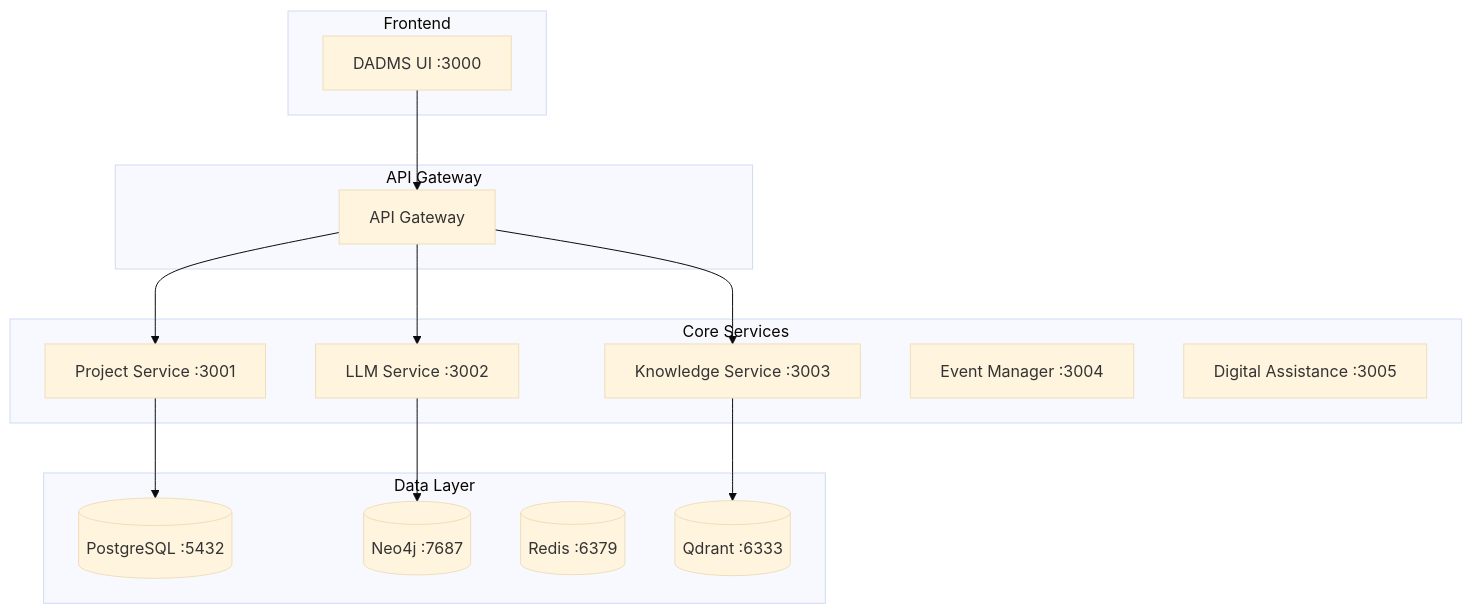
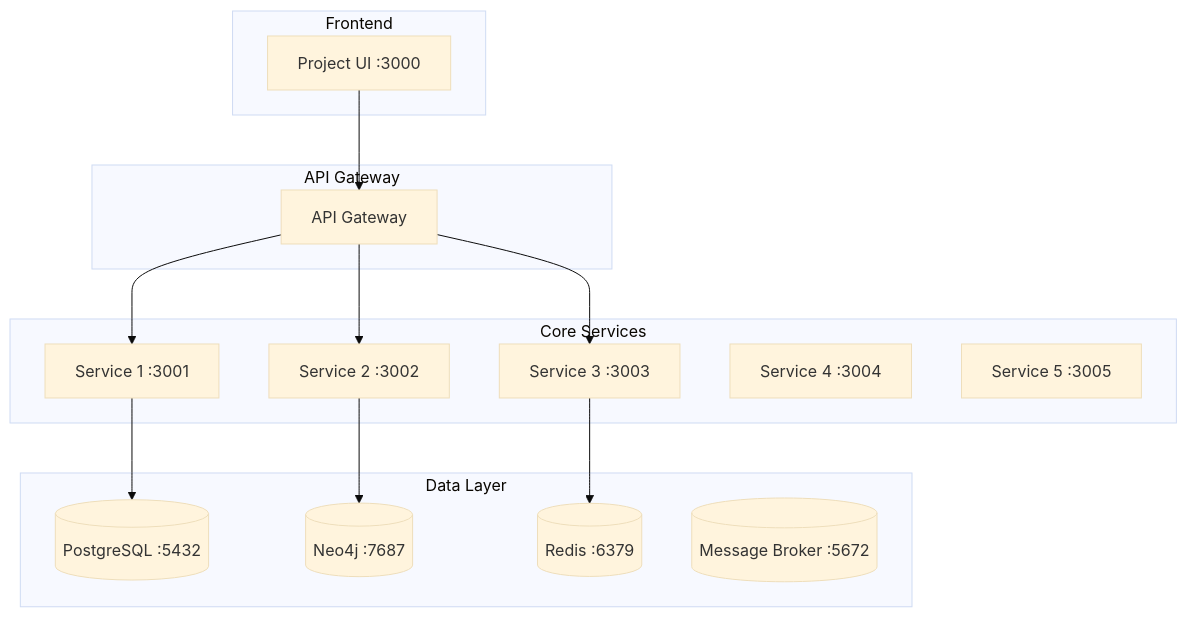
One commit to laserpointlabs/procos changed the first of 3 diagrams in .cursor/rules/architecture-maintenance.mdc. Above: the diagram before and after it, drawn with Mermaid (base theme). The commit also changed other lines of this file and 10 other files, not shown here.

````diff
--- a/.cursor/rules/architecture-maintenance.mdc
+++ b/.cursor/rules/architecture-maintenance.mdc
@@ -69,33 +64,33 @@
 ```mermaid
 graph TB
     subgraph "Frontend"
-        UI[DADMS UI :3000]
+        UI[Project UI :3000]
     end
     
     subgraph "API Gateway"
         GATEWAY[API Gateway]
     end
     
     subgraph "Core Services"
-        PS[Project Service :3001]
-        LLM[LLM Service :3002]
-        KS[Knowledge Service :3003]
-        EM[Event Manager :3004]
-        DAS[Digital Assistance :3005]
+        S1[Service 1 :3001]
+        S2[Service 2 :3002]
+        S3[Service 3 :3003]
+        S4[Service 4 :3004]
+        S5[Service 5 :3005]
     end
     
     subgraph "Data Layer"
         PG[(PostgreSQL :5432)]
         NEO[(Neo4j :7687)]
         REDIS[(Redis :6379)]
-        QDRANT[(Qdrant :6333)]
+        MQ[(Message Broker :5672)]
     end
     
     UI --> GATEWAY
-    GATEWAY --> PS
-    GATEWAY --> LLM
-    GATEWAY --> KS
-    PS --> PG
-    LLM --> NEO
-    KS --> QDRANT
+    GATEWAY --> S1
+    GATEWAY --> S2
+    GATEWAY --> S3
+    S1 --> PG
+    S2 --> NEO
+    S3 --> REDIS
 ```
````
